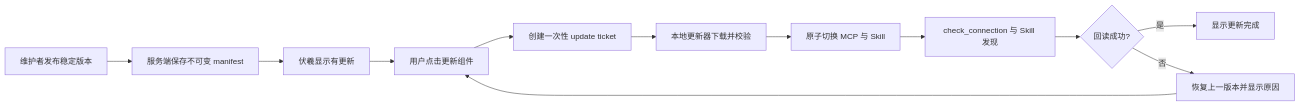
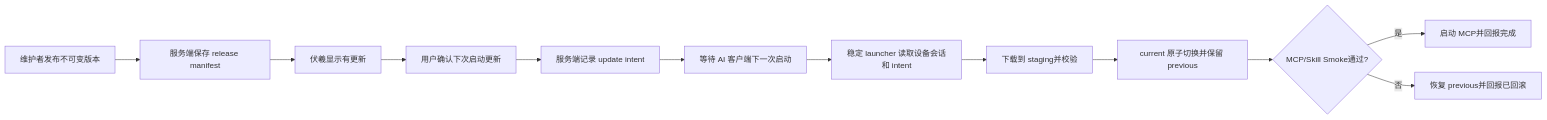
The first of 7 diagrams in docs/prototypes/agent-runtime-update-mvp/FULL_DESIGN.md (Dylan5237/prototype-manager), drawn with Mermaid before and after one commit. The commit also changed other lines of this file and 10 other files, not shown here.

````diff
--- a/docs/prototypes/agent-runtime-update-mvp/FULL_DESIGN.md
+++ b/docs/prototypes/agent-runtime-update-mvp/FULL_DESIGN.md
@@ -51,14 +56,14 @@
 ```mermaid
 flowchart LR
-  P[维护者发布稳定版本] --> M[服务端保存不可变 manifest]
-  M --> N[伏羲显示有更新]
-  N --> C[用户点击更新组件]
-  C --> T[创建一次性 update ticket]
-  T --> U[本地更新器下载并校验]
-  U --> S[原子切换 MCP 与 Skill]
-  S --> V[check_connection 与 Skill 发现]
-  V --> R{回读成功?}
-  R -->|是| D[显示更新完成]
-  R -->|否| B[恢复上一版本并显示原因]
-  B --> C
+  P[维护者发布不可变版本] --> R[服务端保存 release manifest]
+  R --> N[伏羲显示有更新]
+  N --> C[用户确认下次启动更新]
+  C --> I[服务端记录 update intent]
+  I --> W[等待 AI 客户端下一次启动]
+  W --> L[稳定 launcher 读取设备会话和 intent]
+  L --> S[下载到 staging并校验]
+  S --> A[current 原子切换并保留 previous]
+  A --> T{MCP/Skill Smoke通过?}
+  T -->|是| D[启动 MCP并回报完成]
+  T -->|否| B[恢复 previous并回报已回滚]
 ```
````
